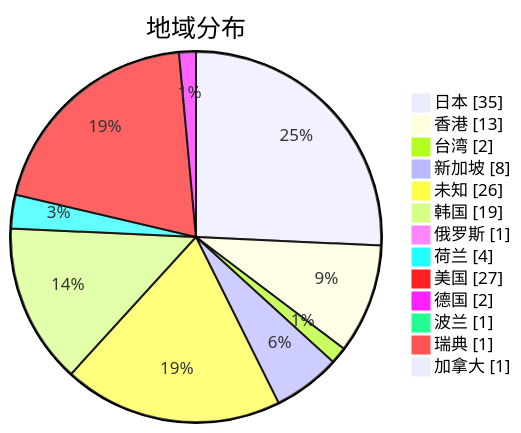
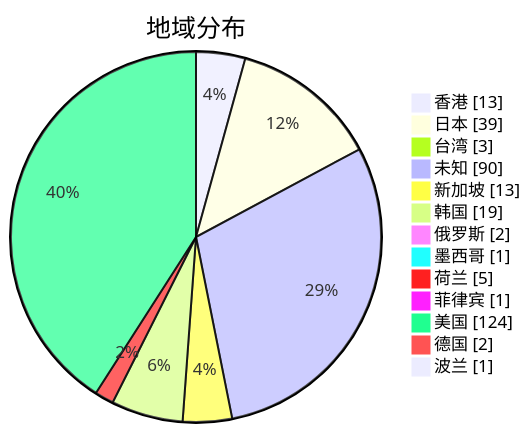
The second of 3 diagrams in subs/statistics/tested_within.md (qjlxg/airport), drawn with Mermaid before and after one commit. The commit also changed other lines of this file and 2 other files, not shown here.

Commit message:
Tested by metaST

````diff
--- a/subs/statistics/tested_within.md
+++ b/subs/statistics/tested_within.md
@@ -11,17 +13,17 @@
 ```mermaid
 pie showData
 title 地域分布
-"日本" : 35
 "香港" : 13
-"台湾" : 2
-"新加坡" : 8
-"未知" : 26
+"日本" : 39
+"台湾" : 3
+"未知" : 90
+"新加坡" : 13
 "韩国" : 19
-"俄罗斯" : 1
-"荷兰" : 4
-"美国" : 27
+"俄罗斯" : 2
+"墨西哥" : 1
+"荷兰" : 5
+"菲律宾" : 1
+"美国" : 124
 "德国" : 2
 "波兰" : 1
-"瑞典" : 1
-"加拿大" : 1
 ```
````
